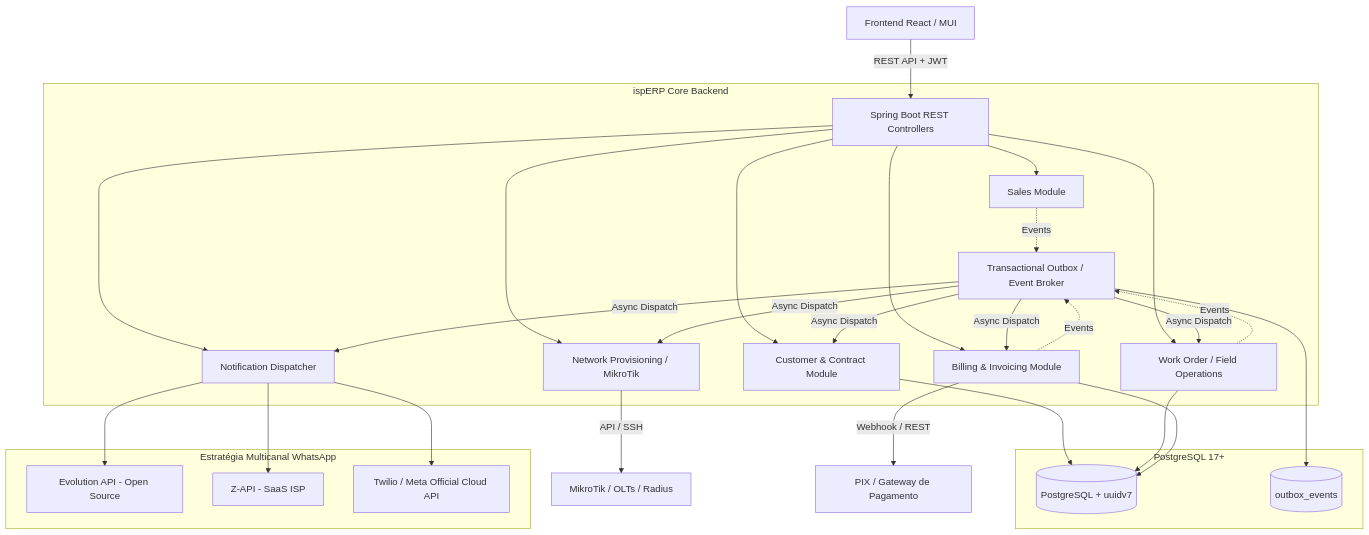
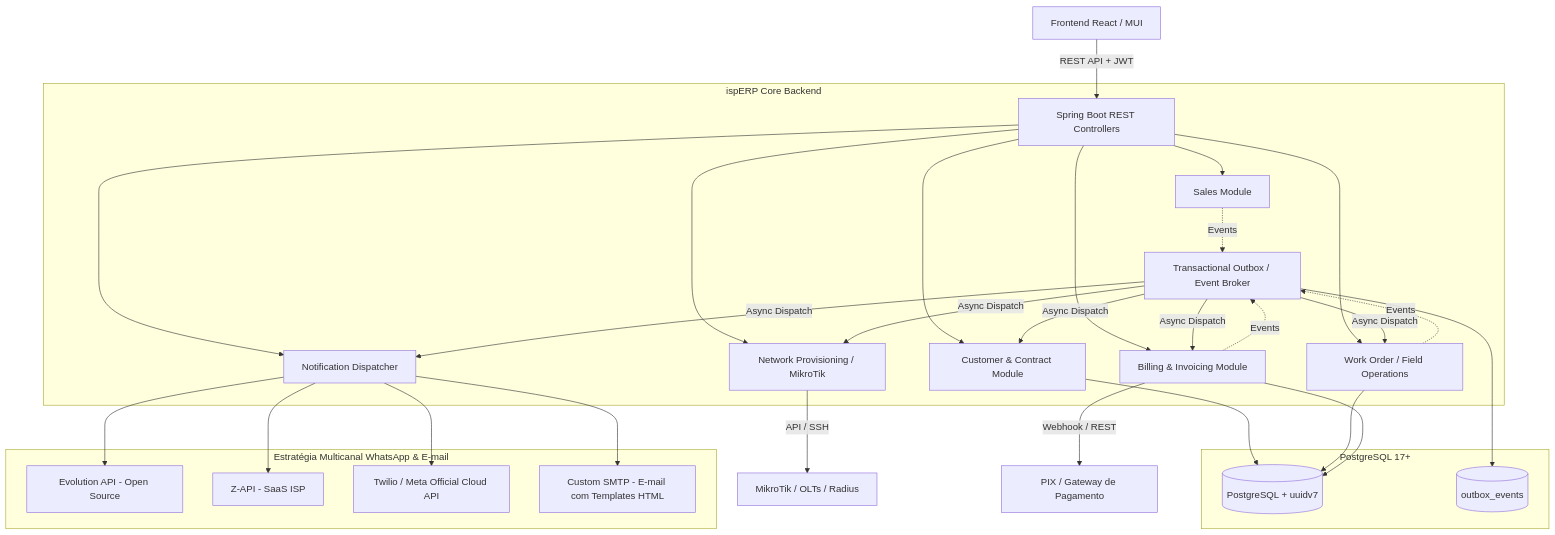
One commit to RuyXingubit/ispERP changed the diagram in docs/ARCHITECTURE.md. Above: the diagram before and after it, drawn with Mermaid. The commit also changed other lines of this file and 2 other files, not shown here.

Commit message:
docs: add customizable SMTP email notification provider specifications

````diff
--- a/docs/ARCHITECTURE.md
+++ b/docs/ARCHITECTURE.md
@@ -7,42 +7,43 @@
 ```mermaid
 graph TD
     UI[Frontend React / MUI] -->|REST API + JWT| API[Spring Boot REST Controllers]
     
     subgraph Core Monolith [ispERP Core Backend]
         API --> Sales[Sales Module]
         API --> Customers[Customer & Contract Module]
         API --> Operations[Work Order / Field Operations]
         API --> Network[Network Provisioning / MikroTik]
         API --> Billing[Billing & Invoicing Module]
         API --> Notify[Notification Dispatcher]
         
         Sales -.->|Events| Outbox[Transactional Outbox / Event Broker]
         Operations -.->|Events| Outbox
         Billing -.->|Events| Outbox
         
         Outbox -->|Async Dispatch| Customers
         Outbox -->|Async Dispatch| Operations
         Outbox -->|Async Dispatch| Network
         Outbox -->|Async Dispatch| Billing
         Outbox -->|Async Dispatch| Notify
     end
     
     subgraph Data Layer [PostgreSQL 17+]
         DB[(PostgreSQL + uuidv7)]
         OutboxTable[(outbox_events)]
     end
     
     Customers --> DB
     Operations --> DB
     Billing --> DB
     Outbox --> OutboxTable
     
     Network -->|API / SSH| MikroTik[MikroTik / OLTs / Radius]
     Billing -->|Webhook / REST| Gateways[PIX / Gateway de Pagamento]
     
-    subgraph Notification Adapters [Estratégia Multicanal WhatsApp]
+    subgraph Notification Adapters [Estratégia Multicanal WhatsApp & E-mail]
         Notify --> Evolution[Evolution API - Open Source]
         Notify --> ZApi[Z-API - SaaS ISP]
         Notify --> Twilio[Twilio / Meta Official Cloud API]
+        Notify --> SMTP[Custom SMTP - E-mail com Templates HTML]
     end
 ```
````
